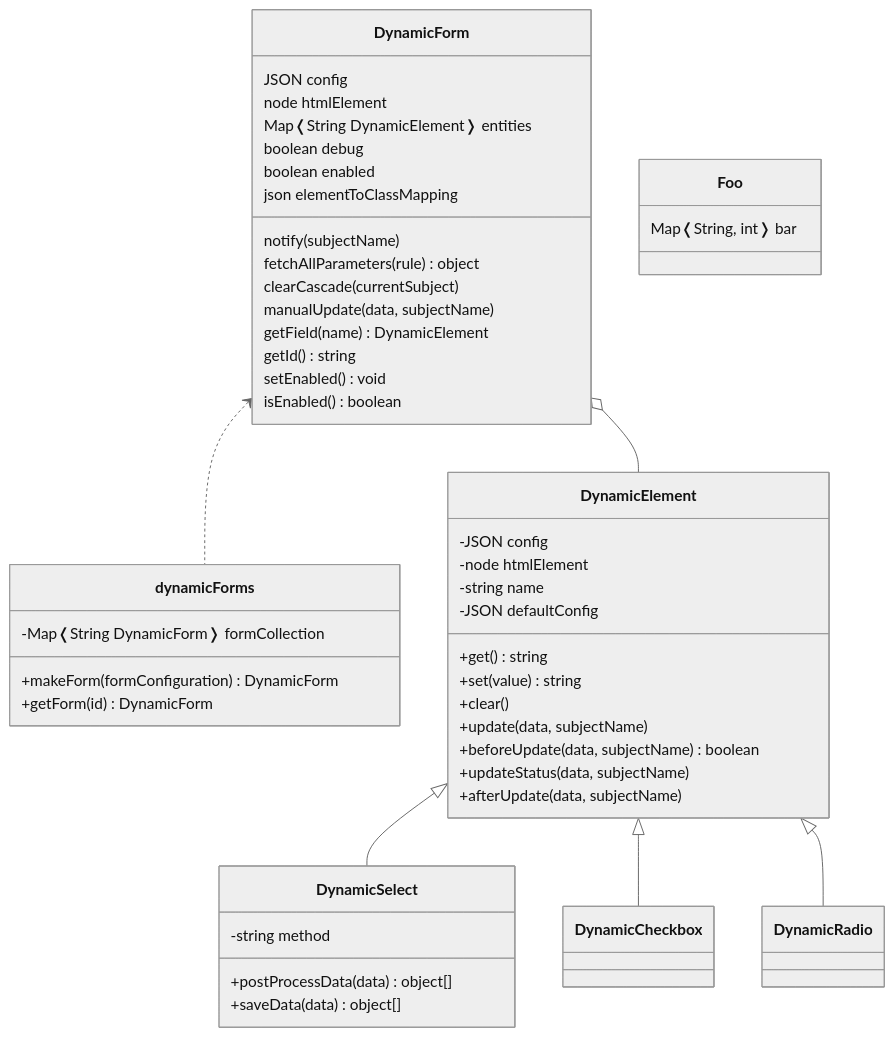
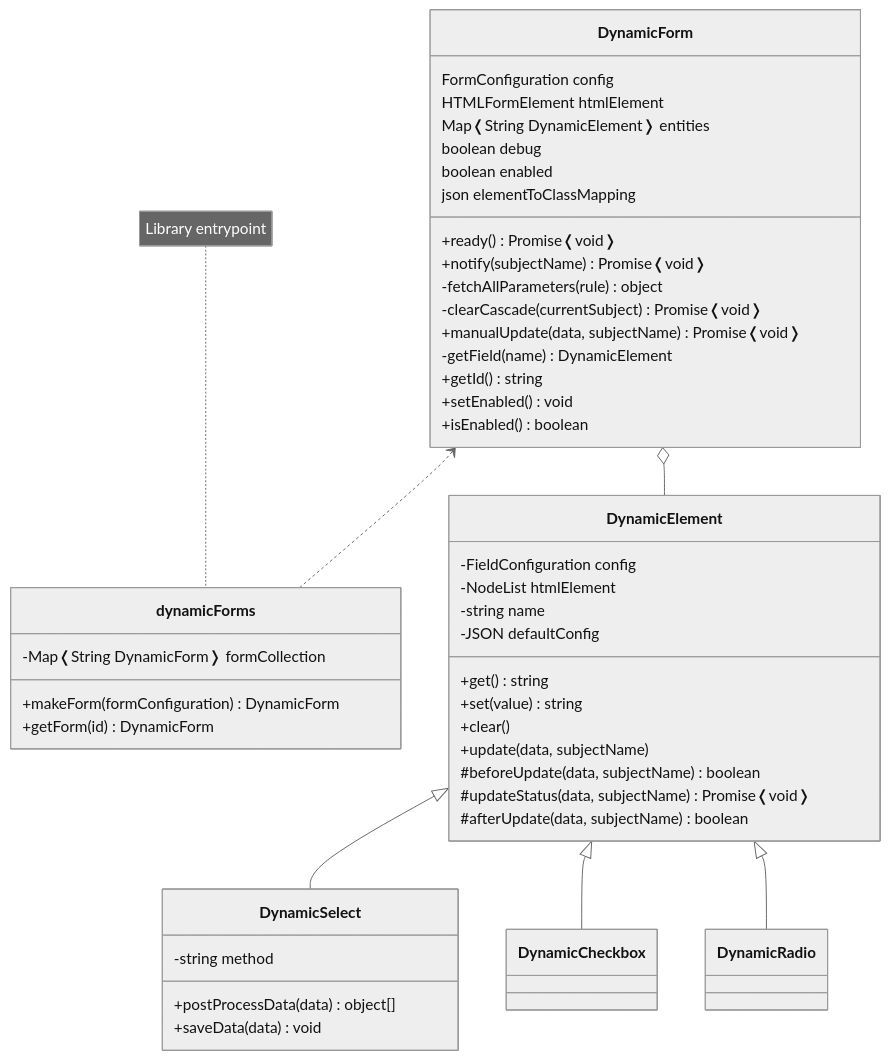
The diagram in docs/classdiagram.mmd (simomosi/dynamic-forms), drawn with Mermaid (neutral theme) before and after one commit. The commit also changed 1 other file, not shown here.

Commit message:
Fixed types in diagram and jsdocs

```diff
--- a/docs/classdiagram.mmd
+++ b/docs/classdiagram.mmd
@@ -1,55 +1,54 @@
 classDiagram
 
     class DynamicForm {
-        JSON config
-        node htmlElement
+        FormConfiguration config
+        HTMLFormElement htmlElement
         Map❬String DynamicElement❭ entities
         boolean debug
         boolean enabled
         json elementToClassMapping
 
-        notify(subjectName)
-        fetchAllParameters(rule) object
-        clearCascade(currentSubject)
-        manualUpdate(data, subjectName)
-        getField(name) DynamicElement
-        getId() string
-        setEnabled() void
-        isEnabled() boolean
+        +ready() Promise❬void❭
+        +notify(subjectName) Promise❬void❭
+        -fetchAllParameters(rule) object
+        -clearCascade(currentSubject) Promise❬void❭
+        +manualUpdate(data, subjectName) Promise❬void❭
+        -getField(name) DynamicElement
+        +getId() string
+        +setEnabled() void
+        +isEnabled() boolean
     }
 
     class dynamicForms {
         -Map❬String DynamicForm❭ formCollection
         +makeForm(formConfiguration) DynamicForm
         +getForm(id) DynamicForm
     }
 
+    note for dynamicForms "Library entrypoint"
+
     class DynamicElement {
-        -JSON config
-        -node htmlElement
+        -FieldConfiguration config
+        -NodeList htmlElement
         -string name
         -JSON defaultConfig
         +get() string
         +set(value) string
         +clear()
         +update(data, subjectName)
-        +beforeUpdate(data, subjectName) boolean
-        +updateStatus(data, subjectName)
-        +afterUpdate(data, subjectName)
+        #beforeUpdate(data, subjectName) boolean
+        #updateStatus(data, subjectName) Promise❬void❭
+        #afterUpdate(data, subjectName) boolean
     }
 
     class DynamicSelect {
         -string method
         +postProcessData(data) object[]
-        +saveData(data) object[]
+        +saveData(data) void
     }
 
     DynamicForm <.. dynamicForms
     DynamicForm o-- DynamicElement
     DynamicElement <|-- DynamicSelect
     DynamicElement <|-- DynamicCheckbox
     DynamicElement <|-- DynamicRadio
-
-    class Foo {
-        Map❬String, int❭ bar
-    }
```
